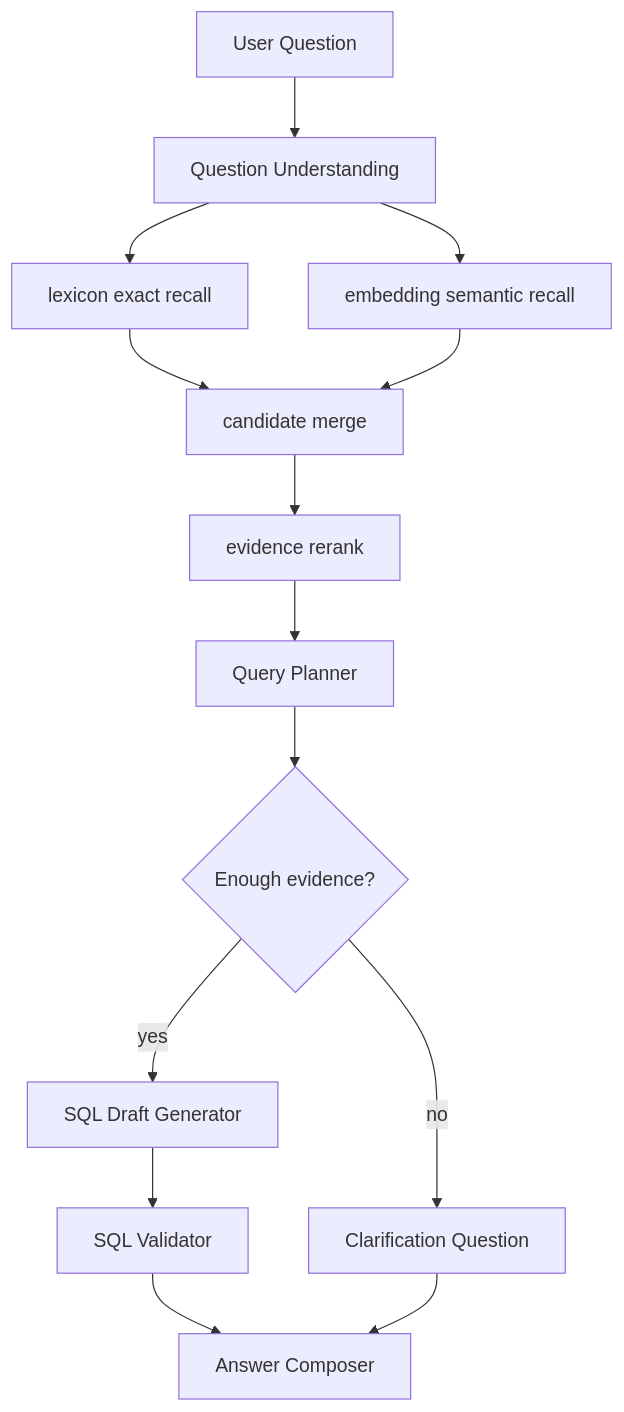
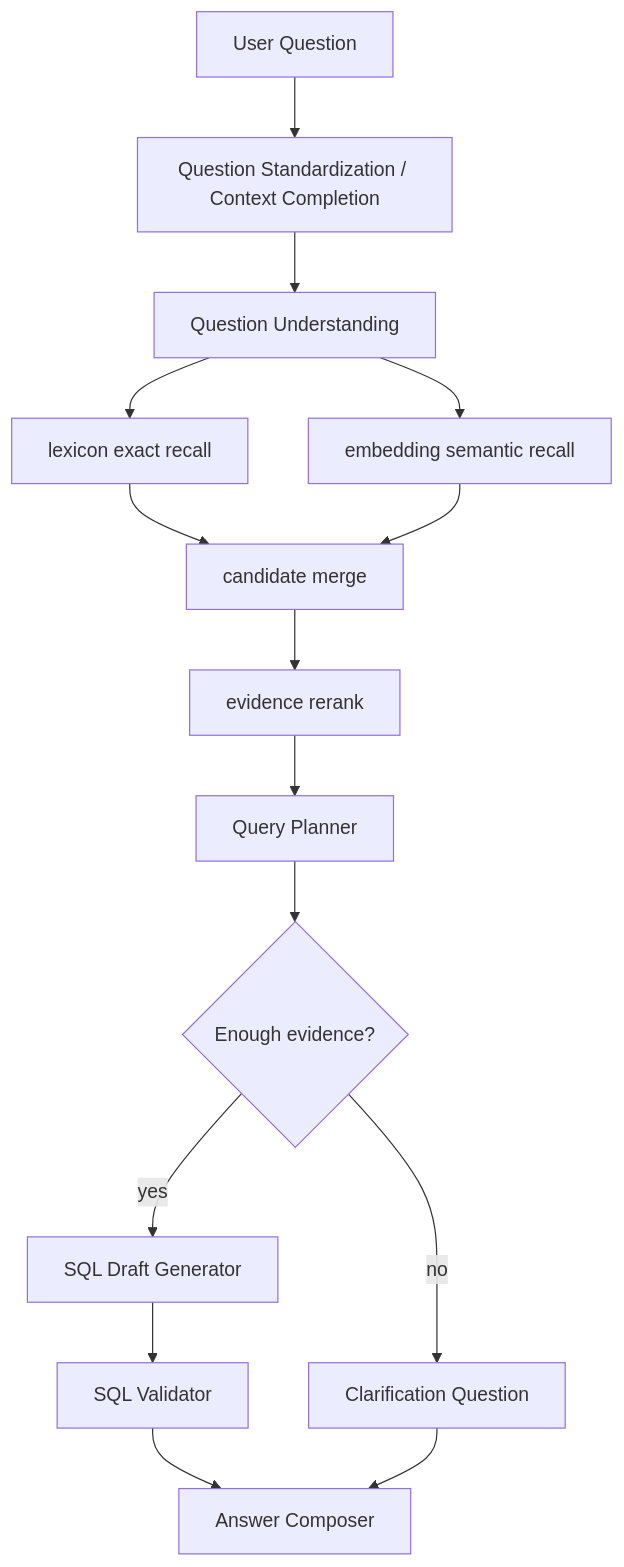
One commit to xiaoguang/relation-detector changed the eighth of 8 diagrams in docs/design/semantic-layer-overall-design.md. Above: the diagram before and after it, drawn with Mermaid. The commit also changed other lines of this file and 3 other files, not shown here.

````diff
--- a/docs/design/semantic-layer-overall-design.md
+++ b/docs/design/semantic-layer-overall-design.md
@@ -1288,16 +1356,17 @@
 ```mermaid
 flowchart TD
-  A["User Question"] --> B["Question Understanding"]
+  A["User Question"] --> N["Question Standardization / Context Completion"]
+  N --> B["Question Understanding"]
   B --> C["lexicon exact recall"]
   B --> D["embedding semantic recall"]
   C --> E["candidate merge"]
   D --> E
   E --> F["evidence rerank"]
   F --> G["Query Planner"]
   G --> H{"Enough evidence?"}
   H -- "yes" --> I["SQL Draft Generator"]
   I --> J["SQL Validator"]
   J --> K["Answer Composer"]
   H -- "no" --> L["Clarification Question"]
   L --> K
 ```
````
